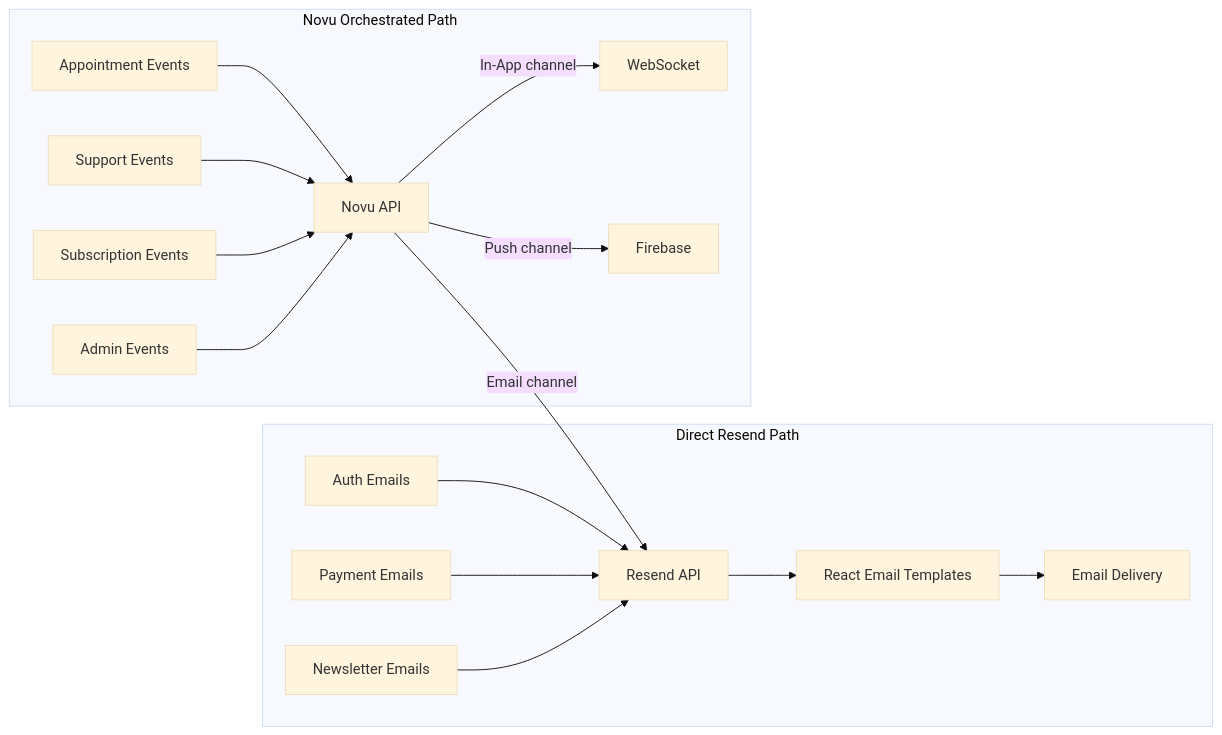
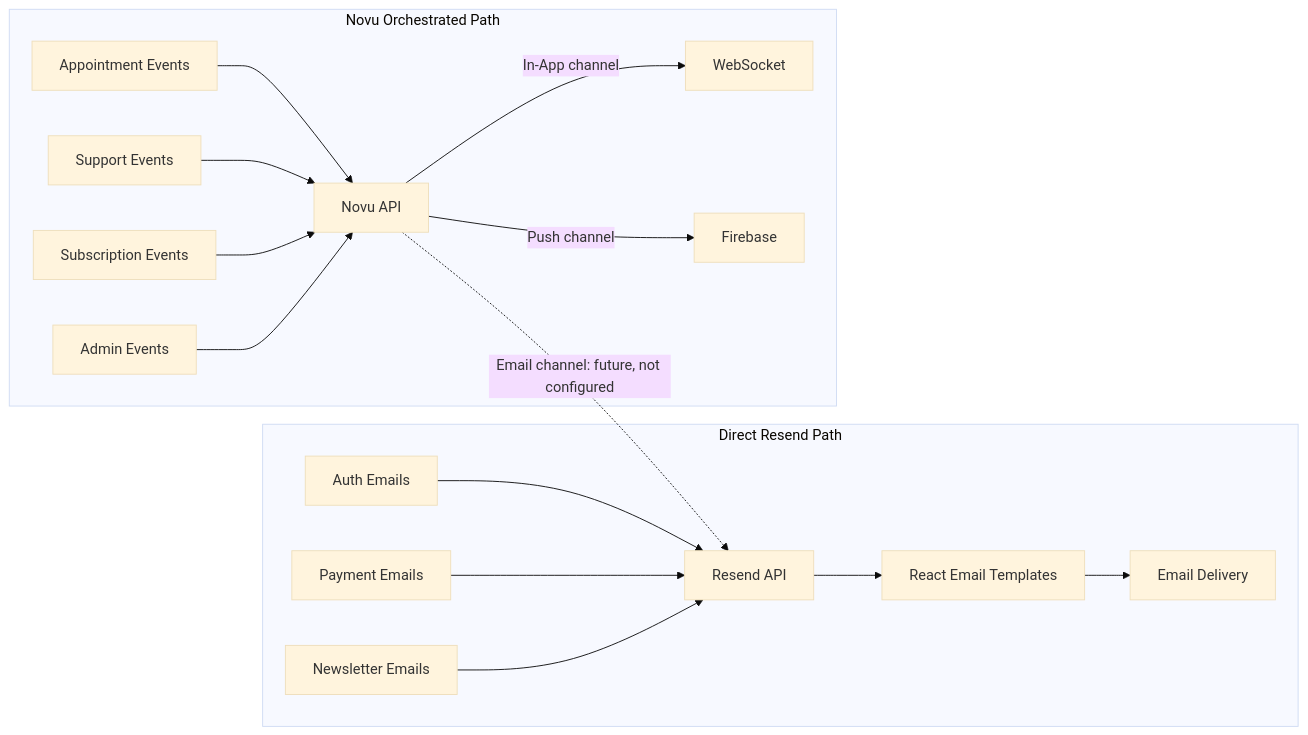
The first of 6 diagrams in docs/notifications/01-architecture.md (Practitionist/familiarise_web), drawn with Mermaid (base theme) before and after one commit. The commit also changed other lines of this file and 10 other files, not shown here.

````diff
--- a/docs/notifications/01-architecture.md
+++ b/docs/notifications/01-architecture.md
@@ -16,20 +16,20 @@
 ```mermaid
 graph LR
     subgraph "Direct Resend Path"
         A1[Auth Emails] --> R[Resend API]
         A2[Payment Emails] --> R
         A3[Newsletter Emails] --> R
         R --> T[React Email Templates]
         T --> D[Email Delivery]
     end
 
     subgraph "Novu Orchestrated Path"
         B1[Appointment Events] --> N[Novu API]
         B2[Support Events] --> N
         B3[Subscription Events] --> N
         B4[Admin Events] --> N
-        N -->|Email channel| R
+        N -.->|Email channel: future, not configured| R
         N -->|In-App channel| WS[WebSocket]
         N -->|Push channel| FCM[Firebase]
     end
 ```
````
